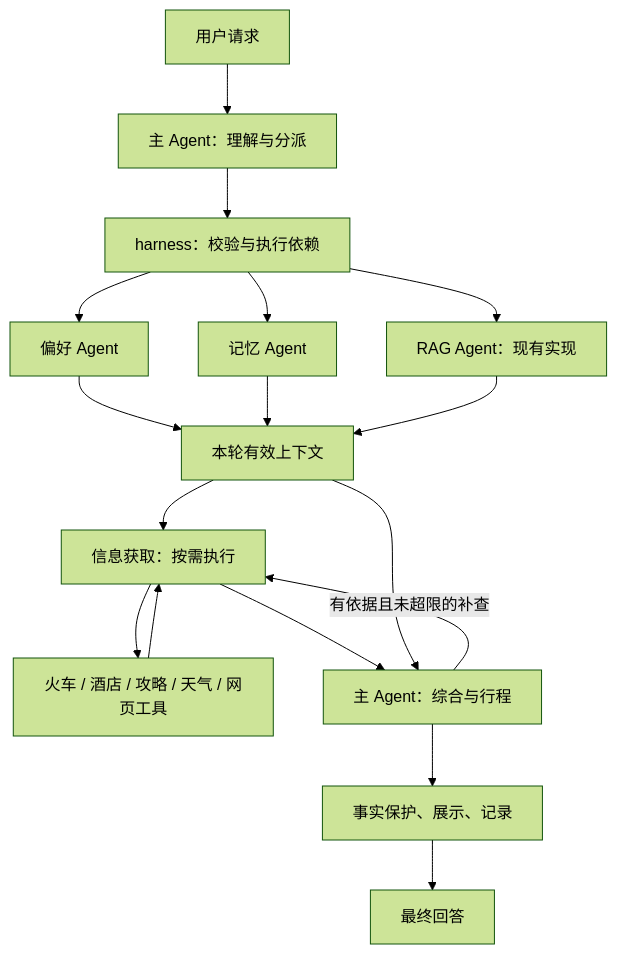
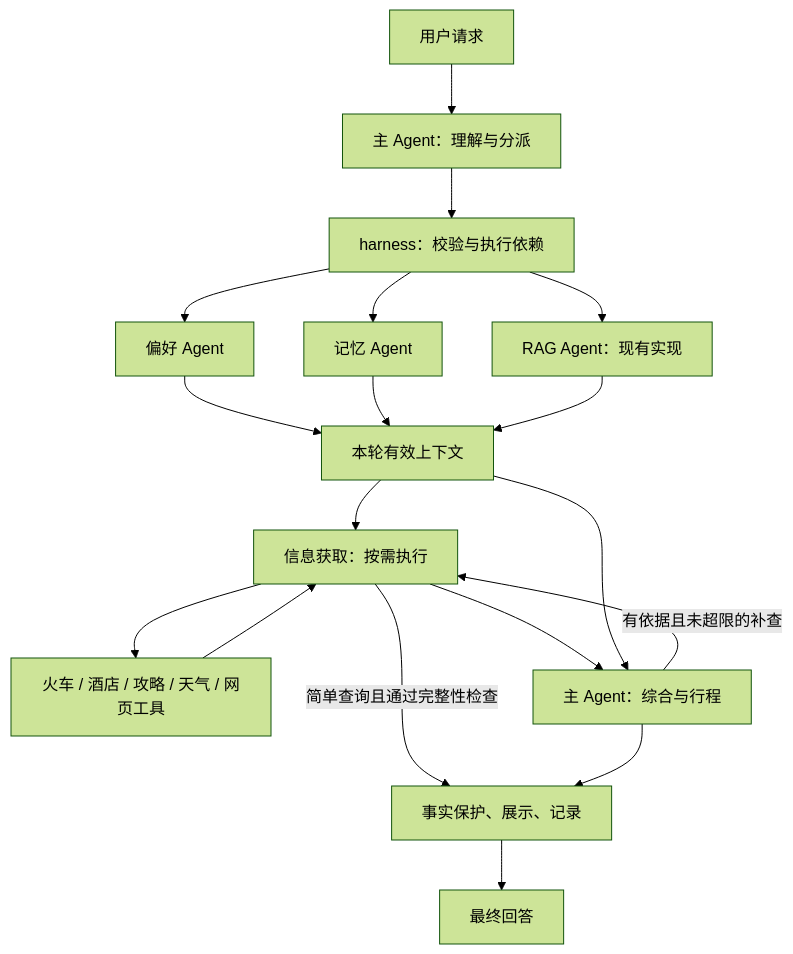
One commit to yzy703050-oss/trip-evidence-agent changed the diagram in docs/superpowers/specs/2026-10-09-information-acquisition-agent-design.md. Above: the diagram before and after it, drawn with Mermaid (forest theme). The commit also changed other lines of this file and 1 other file, not shown here.

```diff
--- a/docs/superpowers/specs/2026-10-09-information-acquisition-agent-design.md
+++ b/docs/superpowers/specs/2026-10-09-information-acquisition-agent-design.md
@@ -95,19 +98,20 @@
 ~~~mermaid
 flowchart TD
     U[用户请求] --> M[主 Agent：理解与分派]
     M --> H[harness：校验与执行依赖]
     H --> P[偏好 Agent]
     H --> Q[记忆 Agent]
     H --> R[RAG Agent：现有实现]
     P --> C[本轮有效上下文]
     Q --> C
     R --> C
     C --> I[信息获取：按需执行]
     I --> T[火车 / 酒店 / 攻略 / 天气 / 网页工具]
     T --> I
     I --> F[主 Agent：综合与行程]
+    I -->|简单查询且通过完整性检查| V
     C --> F
     F -->|有依据且未超限的补查| I
     F --> V[事实保护、展示、记录]
     V --> A[最终回答]
 ~~~
```
